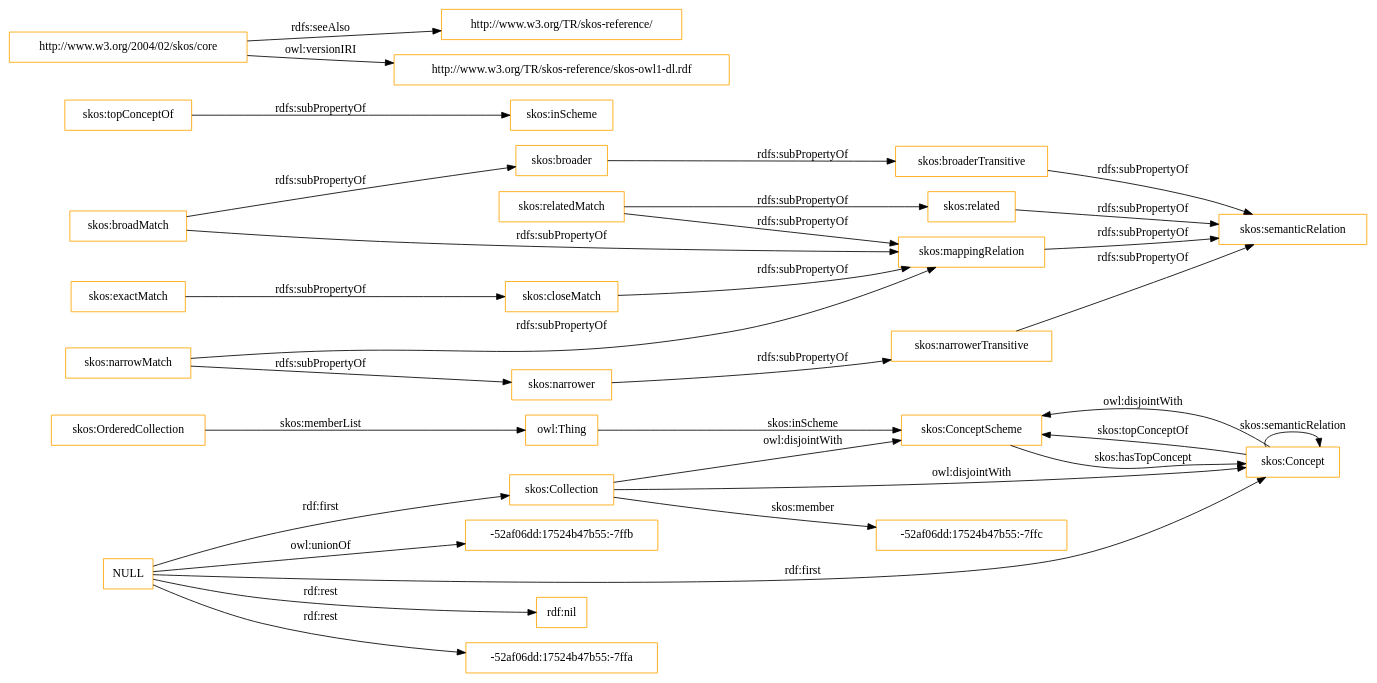
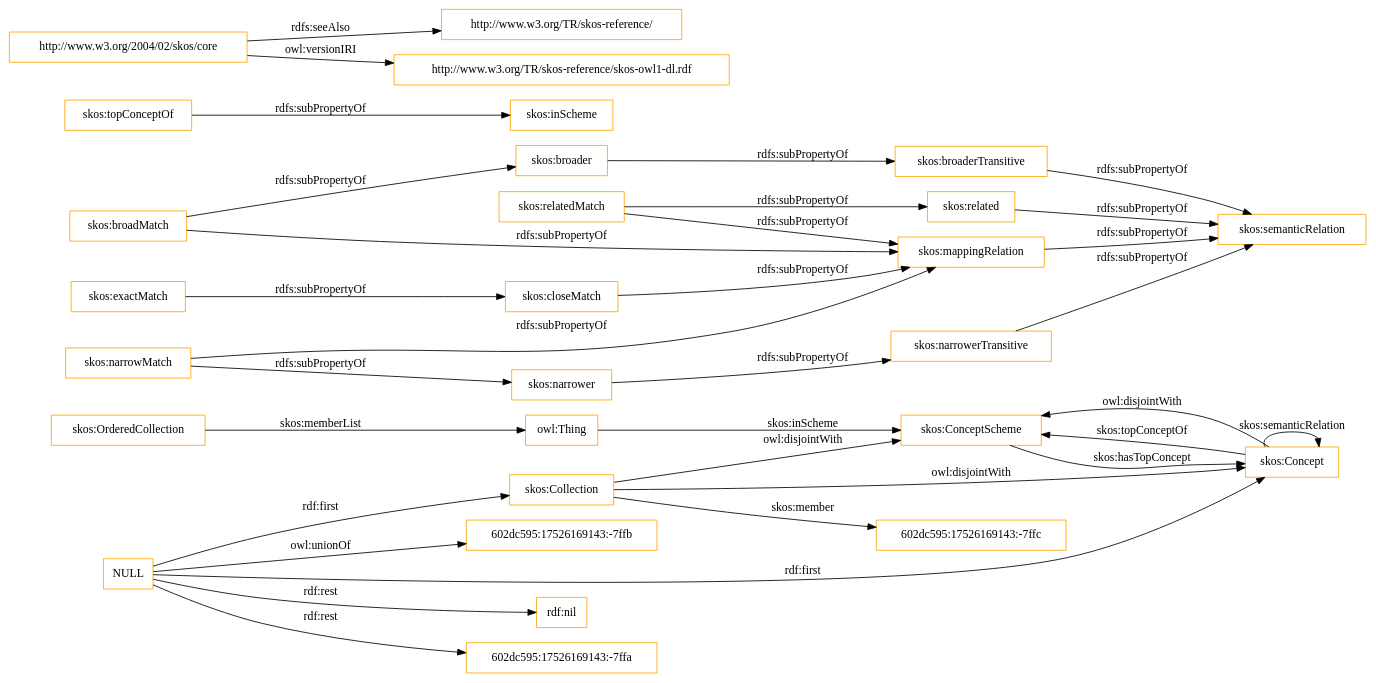
One commit to OnToologyUser/core-ontology-1 changed the diagram in OnToology/imports/skos.owl/diagrams/ar2dtool-class/skos.owl.png.dot. Above: the diagram before and after it, drawn with Graphviz. The commit also changed 14 other files, not shown here.

```diff
--- a/OnToology/imports/skos.owl/diagrams/ar2dtool-class/skos.owl.png.dot
+++ b/OnToology/imports/skos.owl/diagrams/ar2dtool-class/skos.owl.png.dot
@@ -1,37 +1,37 @@
 digraph ar2dtool_diagram { 
 rankdir=LR;
 size="1501"
-node [shape = rectangle, color="orange"]; "skos:OrderedCollection" "skos:ConceptScheme" "skos:Concept" "skos:Collection" "-52af06dd:17524b47b55:-7ffc" ; /*classes style*/
+node [shape = rectangle, color="orange"]; "skos:OrderedCollection" "skos:ConceptScheme" "skos:Concept" "skos:Collection" "602dc595:17526169143:-7ffc" ; /*classes style*/
 	"skos:narrowerTransitive" -> "skos:semanticRelation" [ label = "rdfs:subPropertyOf" ];
 	"NULL" -> "rdf:nil" [ label = "rdf:rest" ];
 	"NULL" -> "skos:Concept" [ label = "rdf:first" ];
-	"NULL" -> "-52af06dd:17524b47b55:-7ffa" [ label = "rdf:rest" ];
+	"NULL" -> "602dc595:17526169143:-7ffa" [ label = "rdf:rest" ];
 	"NULL" -> "skos:Collection" [ label = "rdf:first" ];
-	"NULL" -> "-52af06dd:17524b47b55:-7ffb" [ label = "owl:unionOf" ];
+	"NULL" -> "602dc595:17526169143:-7ffb" [ label = "owl:unionOf" ];
 	"skos:closeMatch" -> "skos:mappingRelation" [ label = "rdfs:subPropertyOf" ];
 	"skos:Concept" -> "skos:ConceptScheme" [ label = "owl:disjointWith" ];
 	"skos:relatedMatch" -> "skos:related" [ label = "rdfs:subPropertyOf" ];
 	"skos:relatedMatch" -> "skos:mappingRelation" [ label = "rdfs:subPropertyOf" ];
 	"skos:related" -> "skos:semanticRelation" [ label = "rdfs:subPropertyOf" ];
 	"skos:topConceptOf" -> "skos:inScheme" [ label = "rdfs:subPropertyOf" ];
 	"skos:broadMatch" -> "skos:mappingRelation" [ label = "rdfs:subPropertyOf" ];
 	"skos:broadMatch" -> "skos:broader" [ label = "rdfs:subPropertyOf" ];
 	"skos:exactMatch" -> "skos:closeMatch" [ label = "rdfs:subPropertyOf" ];
 	"skos:broaderTransitive" -> "skos:semanticRelation" [ label = "rdfs:subPropertyOf" ];
 	"skos:broader" -> "skos:broaderTransitive" [ label = "rdfs:subPropertyOf" ];
 	"skos:mappingRelation" -> "skos:semanticRelation" [ label = "rdfs:subPropertyOf" ];
 	"http://www.w3.org/2004/02/skos/core" -> "http://www.w3.org/TR/skos-reference/" [ label = "rdfs:seeAlso" ];
 	"http://www.w3.org/2004/02/skos/core" -> "http://www.w3.org/TR/skos-reference/skos-owl1-dl.rdf" [ label = "owl:versionIRI" ];
 	"skos:Collection" -> "skos:ConceptScheme" [ label = "owl:disjointWith" ];
 	"skos:Collection" -> "skos:Concept" [ label = "owl:disjointWith" ];
 	"skos:narrower" -> "skos:narrowerTransitive" [ label = "rdfs:subPropertyOf" ];
 	"skos:narrowMatch" -> "skos:narrower" [ label = "rdfs:subPropertyOf" ];
 	"skos:narrowMatch" -> "skos:mappingRelation" [ label = "rdfs:subPropertyOf" ];
 	"skos:OrderedCollection" -> "owl:Thing" [ label = "skos:memberList" ];
 	"skos:Concept" -> "skos:ConceptScheme" [ label = "skos:topConceptOf" ];
 	"skos:Concept" -> "skos:Concept" [ label = "skos:semanticRelation" ];
-	"skos:Collection" -> "-52af06dd:17524b47b55:-7ffc" [ label = "skos:member" ];
+	"skos:Collection" -> "602dc595:17526169143:-7ffc" [ label = "skos:member" ];
 	"skos:ConceptScheme" -> "skos:Concept" [ label = "skos:hasTopConcept" ];
 	"owl:Thing" -> "skos:ConceptScheme" [ label = "skos:inScheme" ];
 
 }
```
